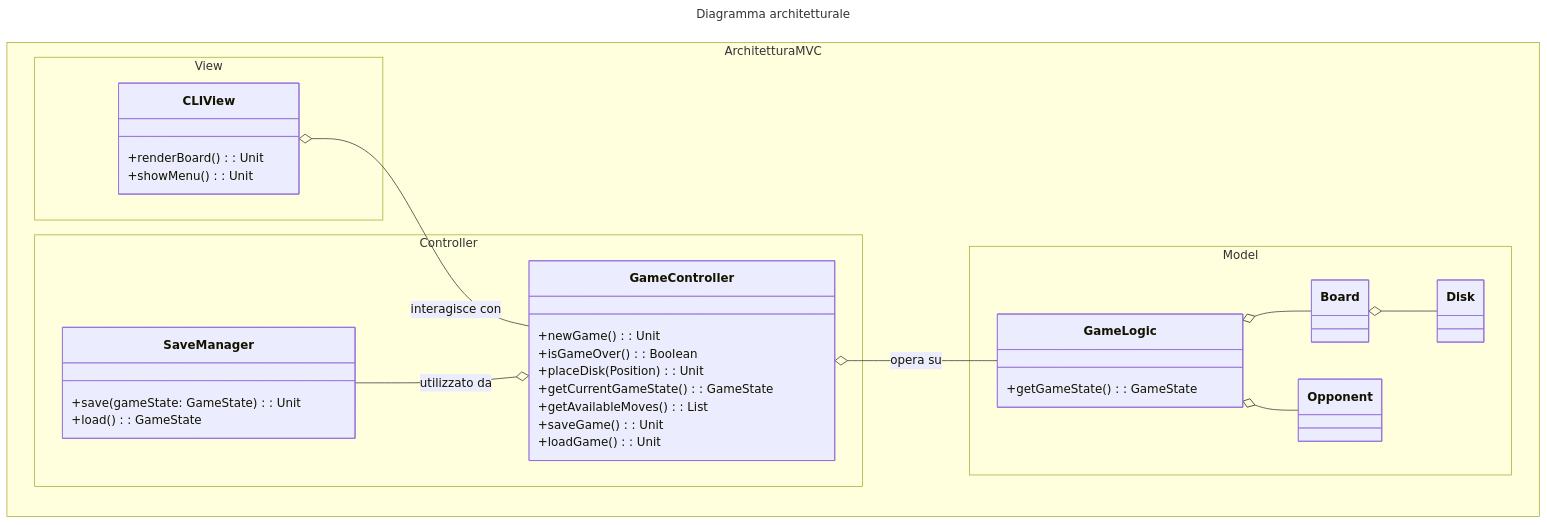
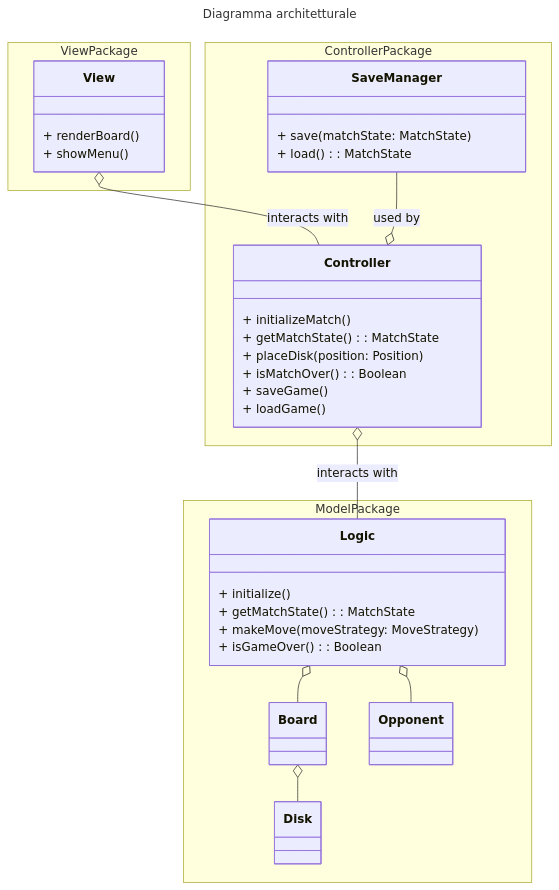
Before and after one commit to Borgotto/PPS-25-scalatello: the diagram in docs/report/4-architectural-design.md, drawn with Mermaid. The commit also changed 1 other file, not shown here.

Commit message:
refine domain and architectural diagrams

````diff
--- a/docs/report/4-architectural-design.md
+++ b/docs/report/4-architectural-design.md
@@ -9,47 +9,49 @@
 ```mermaid
 ---
 title: Diagramma architetturale
 ---
 classDiagram
-  namespace ArchitetturaMVC.View {
-    class CLIView {
-      +renderBoard(): Unit
-      +showMenu(): Unit
+  namespace ViewPackage {
+    class View {
+      + renderBoard()
+      + showMenu()
     }
   }
-  namespace ArchitetturaMVC.Controller {
-    class GameController {
-      +newGame(): Unit
-      +isGameOver(): Boolean
-      +placeDisk(Position): Unit
-      +getCurrentGameState(): GameState
-      +getAvailableMoves(): List<Position>
-      +saveGame(): Unit
-      +loadGame(): Unit
+  namespace ControllerPackage {
+    class Controller {
+      + initializeMatch()
+      + getMatchState(): MatchState
+      + placeDisk(position: Position)
+      + isMatchOver(): Boolean
+      + saveGame()
+      + loadGame()
     }
     class SaveManager {
-      +save(gameState: GameState): Unit
-      +load(): GameState
+      + save(matchState: MatchState)
+      + load(): MatchState
     }
   }
-  namespace ArchitetturaMVC.Model {
+  namespace ModelPackage {
     class Board {
     }
     class Disk {
     }
-    class GameLogic {
-      +getGameState(): GameState
+    class Logic {
+      + initialize()
+      + getMatchState(): MatchState
+      + makeMove(moveStrategy: MoveStrategy)
+      + isGameOver(): Boolean
     }
     class Opponent {
     }
   }
 
-  CLIView o-- GameController : interagisce con
-  GameController o-- GameLogic : opera su
-  SaveManager --o GameController : utilizzato da
+  View o-- Controller : interacts with
+  Controller o-- Logic : interacts with
+  SaveManager --o Controller : used by
   
-  GameLogic o-- Board
-  GameLogic o-- Opponent
+  Logic o-- Board
+  Logic o-- Opponent
   Board o-- Disk
 
 ```
````
